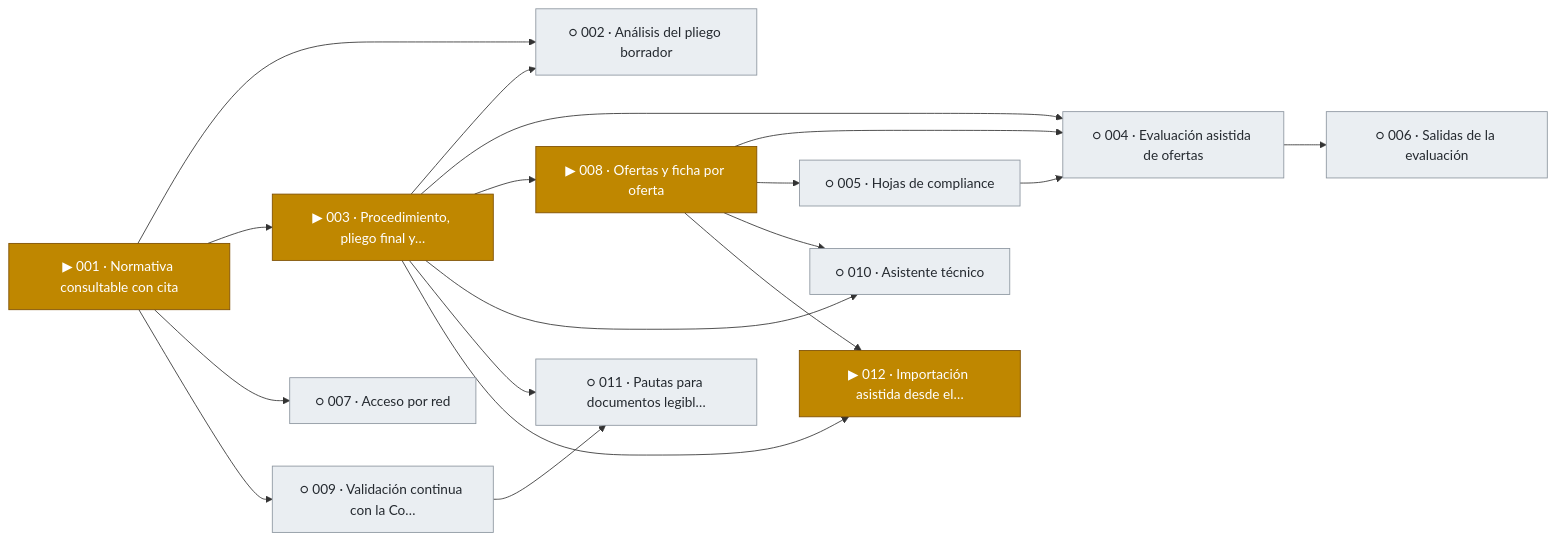
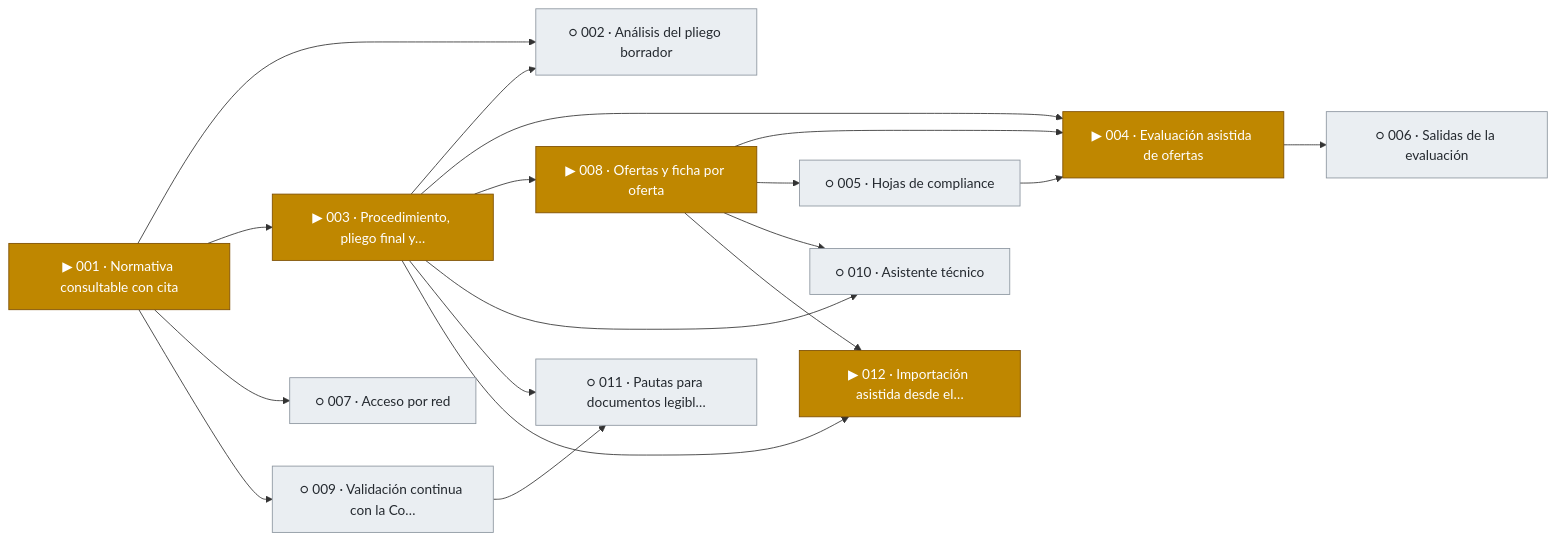
Before and after one commit to snavello/EVALUON: the first of 10 diagrams in docs/tablero.md, drawn with Mermaid. The commit also changed other lines of this file and 1 other file, not shown here.

Commit message:
gestión: spec 004 aprobada (evaluación asistida de ofertas)

````diff
--- a/docs/tablero.md
+++ b/docs/tablero.md
@@ -9,37 +9,37 @@
 ```mermaid
 flowchart LR
   F001["▶ 001 · Normativa consultable con cita"]:::active
   F002["○ 002 · Análisis del pliego borrador"]:::todo
   F003["▶ 003 · Procedimiento, pliego final y…"]:::active
-  F004["○ 004 · Evaluación asistida de ofertas"]:::todo
+  F004["▶ 004 · Evaluación asistida de ofertas"]:::active
   F005["○ 005 · Hojas de compliance"]:::todo
   F006["○ 006 · Salidas de la evaluación"]:::todo
   F007["○ 007 · Acceso por red"]:::todo
   F008["▶ 008 · Ofertas y ficha por oferta"]:::active
   F009["○ 009 · Validación continua con la Co…"]:::todo
   F010["○ 010 · Asistente técnico"]:::todo
   F011["○ 011 · Pautas para documentos legibl…"]:::todo
   F012["▶ 012 · Importación asistida desde el…"]:::active
   F001 --> F002
   F003 --> F002
   F001 --> F003
   F003 --> F004
   F008 --> F004
   F005 --> F004
   F008 --> F005
   F004 --> F006
   F001 --> F007
   F003 --> F008
   F001 --> F009
   F003 --> F010
   F008 --> F010
   F003 --> F011
   F009 --> F011
   F003 --> F012
   F008 --> F012
   classDef done fill:#1a7f37,stroke:#116329,color:#ffffff
   classDef review fill:#0969da,stroke:#0550ae,color:#ffffff
   classDef active fill:#bf8700,stroke:#7d4e00,color:#ffffff
   classDef blocked fill:#cf222e,stroke:#a40e26,color:#ffffff
   classDef todo fill:#eaeef2,stroke:#8c959f,color:#24292f
 ```
````
